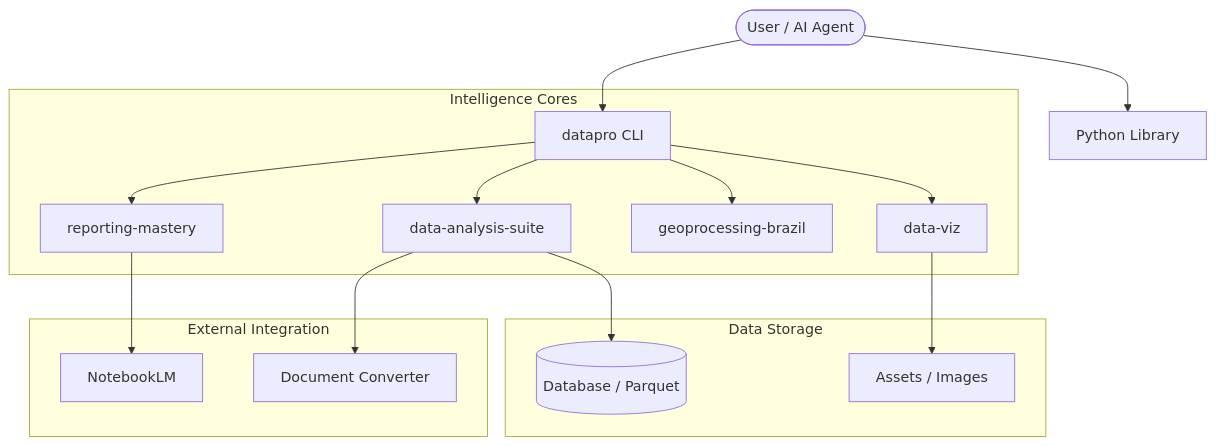
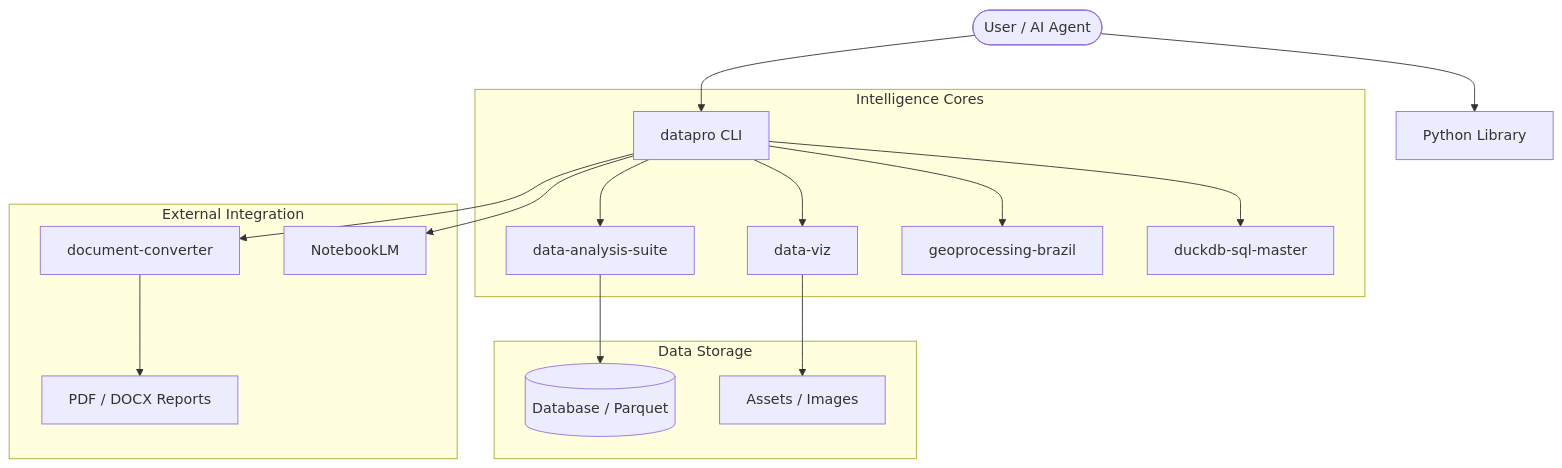
Before and after one commit to pablodiegoo/Data-Pro-Skill: the diagram in README.md, drawn with Mermaid. The commit also changed other lines of this file and 24 other files, not shown here.

````diff
--- a/README.md
+++ b/README.md
@@ -27,22 +27,23 @@
 ```mermaid
 graph TD
     User([User / AI Agent]) --> CLI[datapro CLI]
     User --> Lib[Python Library]
     
     subgraph "Intelligence Cores"
         CLI --> Suite[data-analysis-suite]
         CLI --> Viz[data-viz]
         CLI --> Geo[geoprocessing-brazil]
-        CLI --> Report[reporting-mastery]
+        CLI --> DuckDB[duckdb-sql-master]
     end
     
     subgraph "Data Storage"
         Suite --> DB[(Database / Parquet)]
         Viz --> Assets[Assets / Images]
     end
     
     subgraph "External Integration"
-        Report --> Notebook[NotebookLM]
-        Suite --> OCR[Document Converter]
+        CLI --> DocConv[document-converter]
+        DocConv --> PDF[PDF / DOCX Reports]
+        CLI --> NLMCP[NotebookLM]
     end
 ```
````
